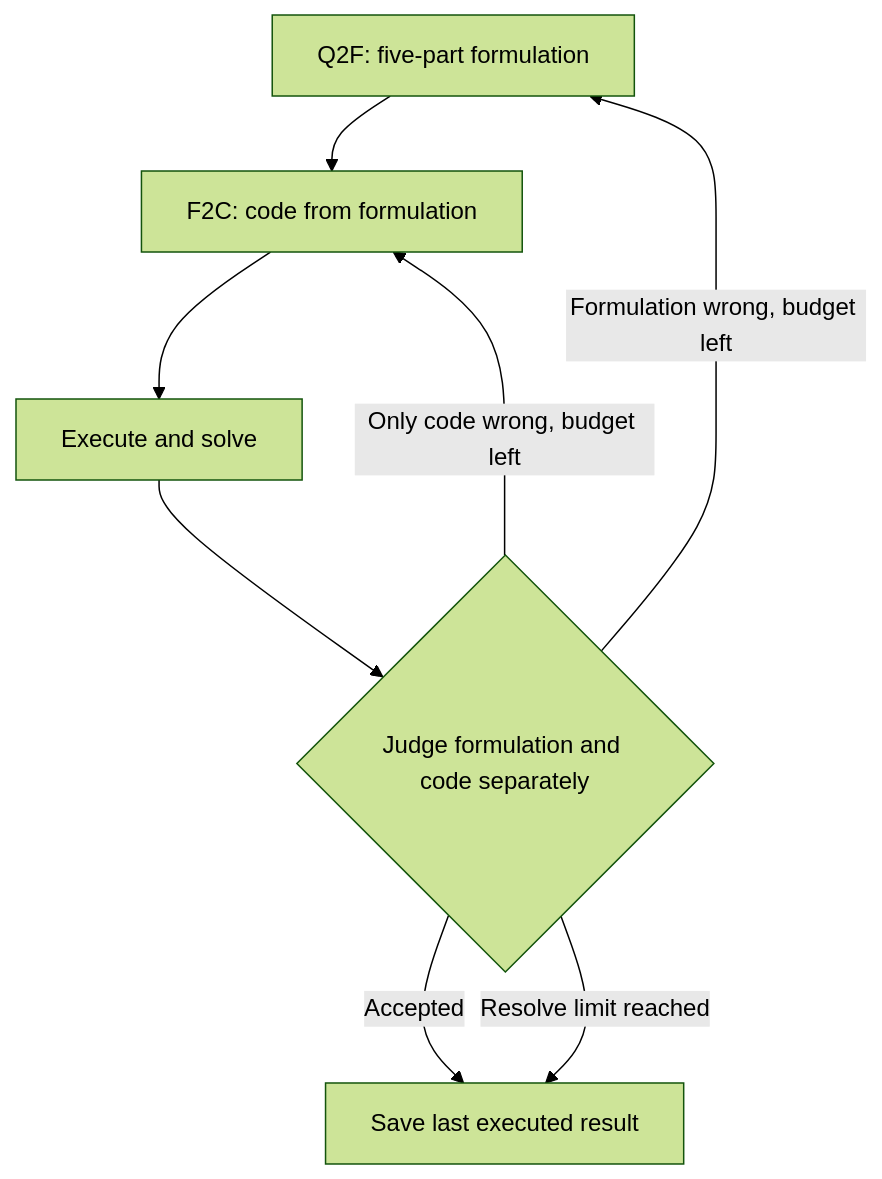
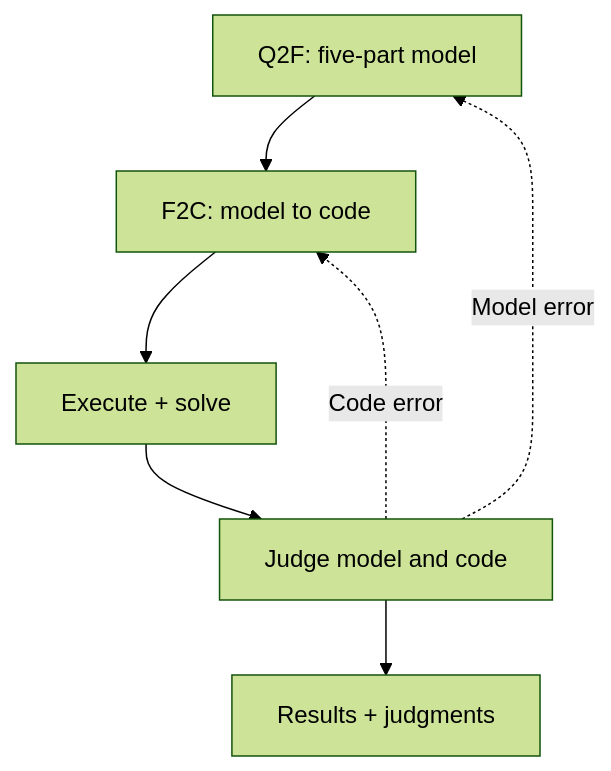
The diagram in website/content/en/llmopt.md (Fangziyang0910/LLM4OM), drawn with Mermaid (forest theme) before and after one commit. The commit also changed other lines of this file and 231 other files, not shown here.

````diff
--- a/website/content/en/llmopt.md
+++ b/website/content/en/llmopt.md
@@ -17,10 +17,11 @@
 ```mermaid
 flowchart TB
-  Define["Q2F: five-part formulation"] --> Code["F2C: code from formulation"]
-  Code --> Solve["Execute and solve"]
-  Solve --> Judge{"Judge formulation and code separately"}
-  Judge -->|Formulation wrong, budget left| Define
-  Judge -->|Only code wrong, budget left| Code
-  Judge -->|Accepted| Finish["Save last executed result"]
-  Judge -->|Resolve limit reached| Finish
+  Define["Q2F: five-part model"]
+  Code["F2C: model to code"]
+  Solve["Execute + solve"]
+  Judge["Judge model and code"]
+  Finish["Results + judgments"]
+  Define --> Code --> Solve --> Judge --> Finish
+  Judge -.->|Model error| Define
+  Judge -.->|Code error| Code
 ```
````
